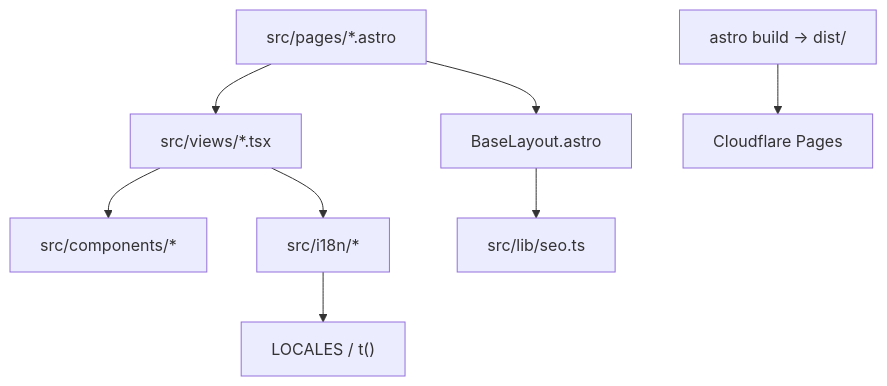
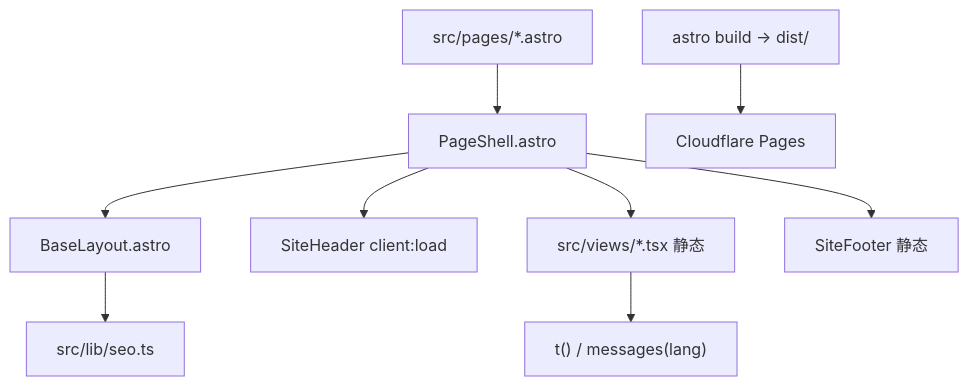
The diagram in brain/architecture.md (robinv8/jiuzhou-world), drawn with Mermaid before and after one commit. The commit also changed other lines of this file and 35 other files, not shown here.

First line of the commit message:
perf: render pages as static HTML, hydrate header only

````diff
--- a/brain/architecture.md
+++ b/brain/architecture.md
@@ -12,10 +12,11 @@
 ```mermaid
 graph TD
-  Pages["src/pages/*.astro"] --> Layout["BaseLayout.astro"]
-  Pages --> Views["src/views/*.tsx"]
-  Views --> Components["src/components/*"]
-  Views --> I18n["src/i18n/*"]
+  Pages["src/pages/*.astro"] --> Shell["PageShell.astro"]
+  Shell --> Layout["BaseLayout.astro"]
+  Shell --> Header["SiteHeader client:load"]
+  Shell --> Views["src/views/*.tsx 静态"]
+  Shell --> Footer["SiteFooter 静态"]
+  Views --> I18n["t() / messages(lang)"]
   Layout --> SEO["src/lib/seo.ts"]
-  I18n --> Config["LOCALES / t()"]
   Build["astro build → dist/"] --> CF["Cloudflare Pages"]
 ```
````
